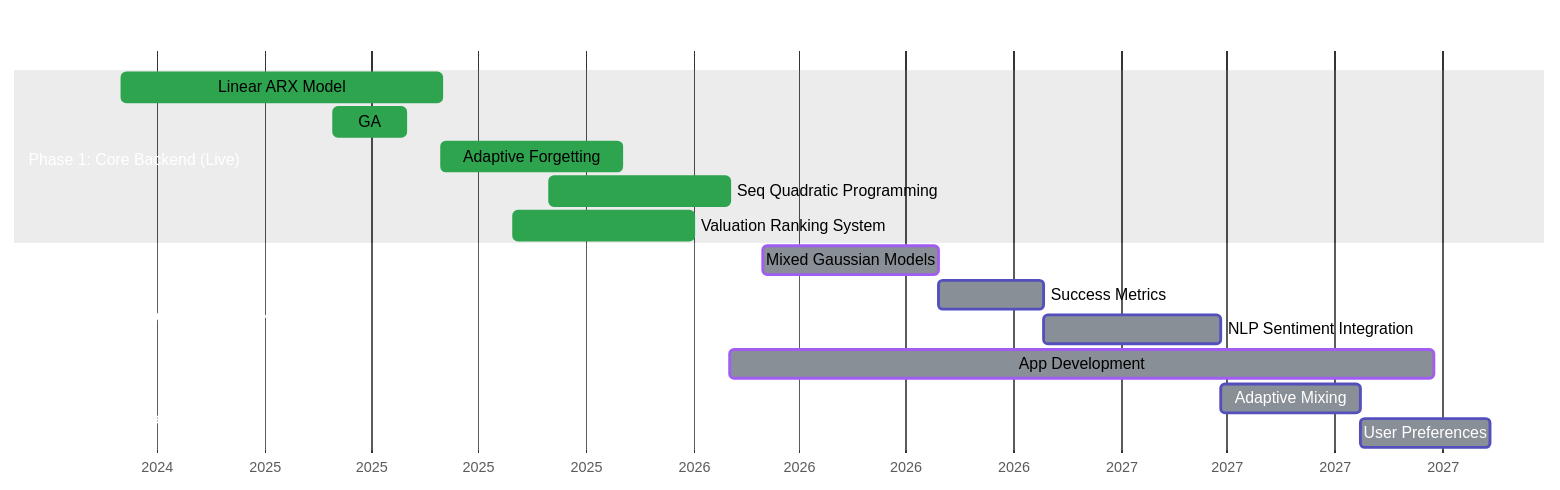
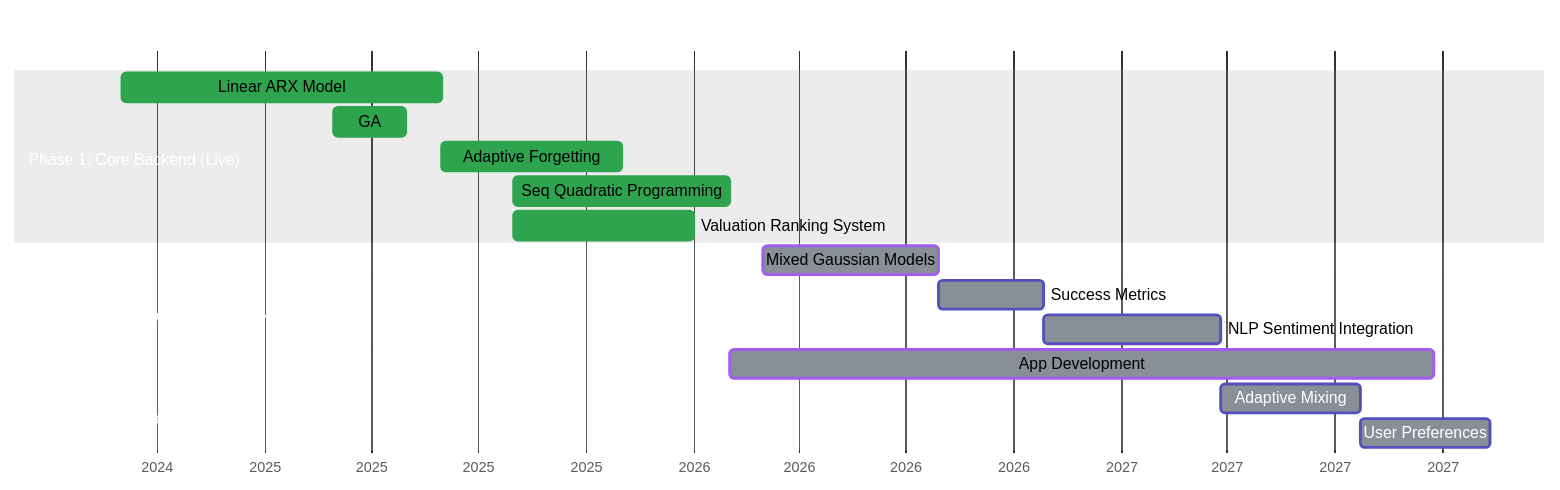
One commit to ProchTomas/ResearchProject changed the diagram in README.md. Above: the diagram before and after it, drawn with Mermaid.

````diff
--- a/README.md
+++ b/README.md
@@ -1,46 +1,46 @@
 ```mermaid
 %%{init: { 
   'themeVariables': {
     'primaryColor': '#7A7A7A',
     'primaryTextColor': '#24292e',
     'primaryBorderColor': '#d1d5da',
     'lineColor': '#f03a17',
     'secondaryColor': '#fff',
     'tertiaryColor': '#fff',
     
     'titleColor': '#fff',
     'sectionBkgColor': '#A1A1A1',
     'sectionBkgColor2': '#fff',
     
     'taskBkgColor': '#898F96',
     'taskTextLightColor': '#24292e',
     
     'doneTaskBkgColor': '#2ea44f',
     'doneTaskBorderColor': '#2ea44f',
     
     'activeTaskBkgColor': '#898F96',
     'activeTaskBorderColor': '#A15CF2'
   }
 } }%%
 gantt
     title Portfolio Optimization Roadmap
     dateFormat  YYYY-MM-DD
     axisFormat  %Y
     
     section Phase 1: Core Backend (Live)
     Linear ARX Model           :done,    des1, 2024-09-01, 2025-06-01
     GA                         :done,    des2, 2025-03-01, 2025-05-01
     Adaptive Forgetting        :done,    des3, 2025-06-01, 2025-11-01
-    Seq Quadratic Programming  :done,    des4, 2025-09-01, 2026-02-01
+    Seq Quadratic Programming  :done,    des4, 2025-08-01, 2026-02-01
     Valuation Ranking System   :done,    des5, 2025-08-01, 2026-01-01
 
     section Phase 2: Advanced Intelligence (Next)
     Mixed Gaussian Models      :active,    p2a, 2026-03-01, 150d
     Success Metrics            :           p2b, after p2a, 90d
     NLP Sentiment Integration  :           p2c, after p2b, 150d
     App Development            :active,    p2d, 2026-02-01, 600d
 
     section Phase 3: Convergence (Future)
     Adaptive Mixing            :         p3a, after p2c, 120d
     User Preferences           :         p3b, after p3a, 110d
 ```
````
